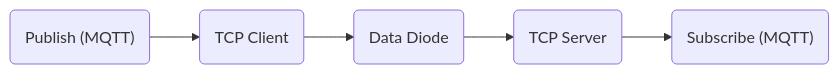
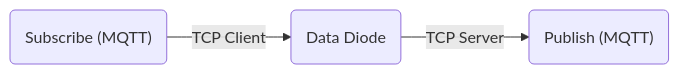
Before and after one commit to acep-uaf/data-diode: the diagram in README.md, drawn with Mermaid. The commit also changed other lines of this file and 12 other files, not shown here.

````diff
--- a/README.md
+++ b/README.md
@@ -44,7 +43,5 @@
 ```mermaid
 graph LR
-    A("Publish (MQTT)") --> B(TCP Client)
-    B --> C(Data Diode)
-    C --> D(TCP Server)
-    D --> E("Subscribe (MQTT)")
+    A("Subscribe (MQTT)") -->|TCP Client|B(Data Diode) -->|TCP Server|C("Publish (MQTT)")
+
 ```
````
